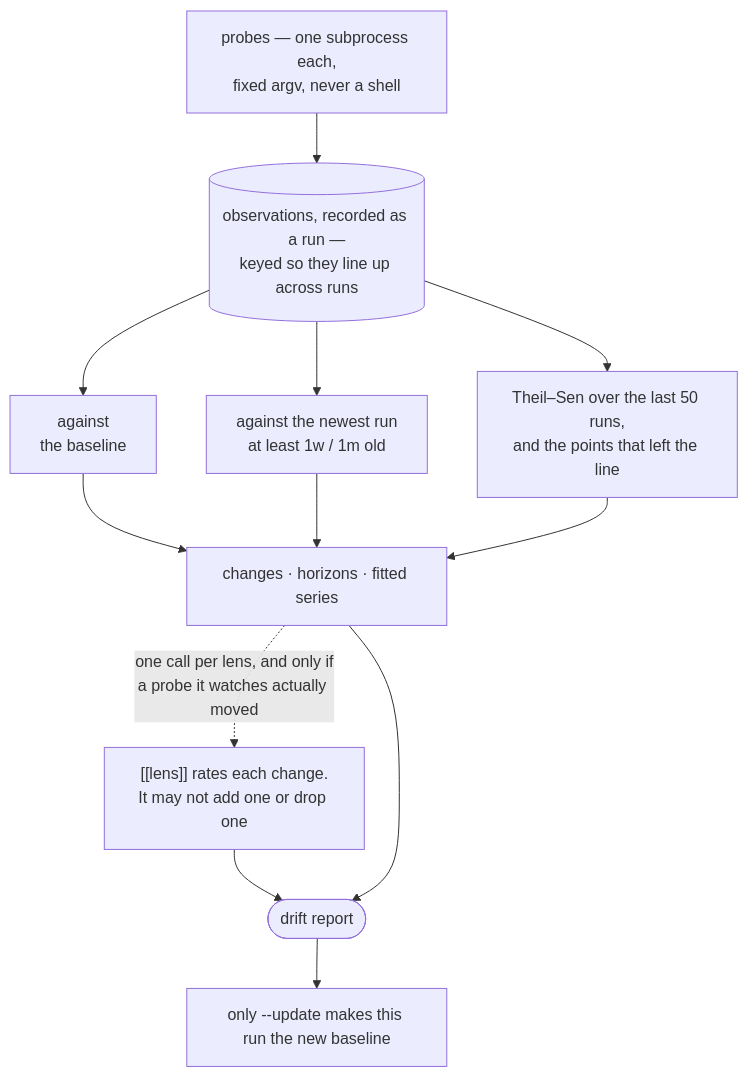
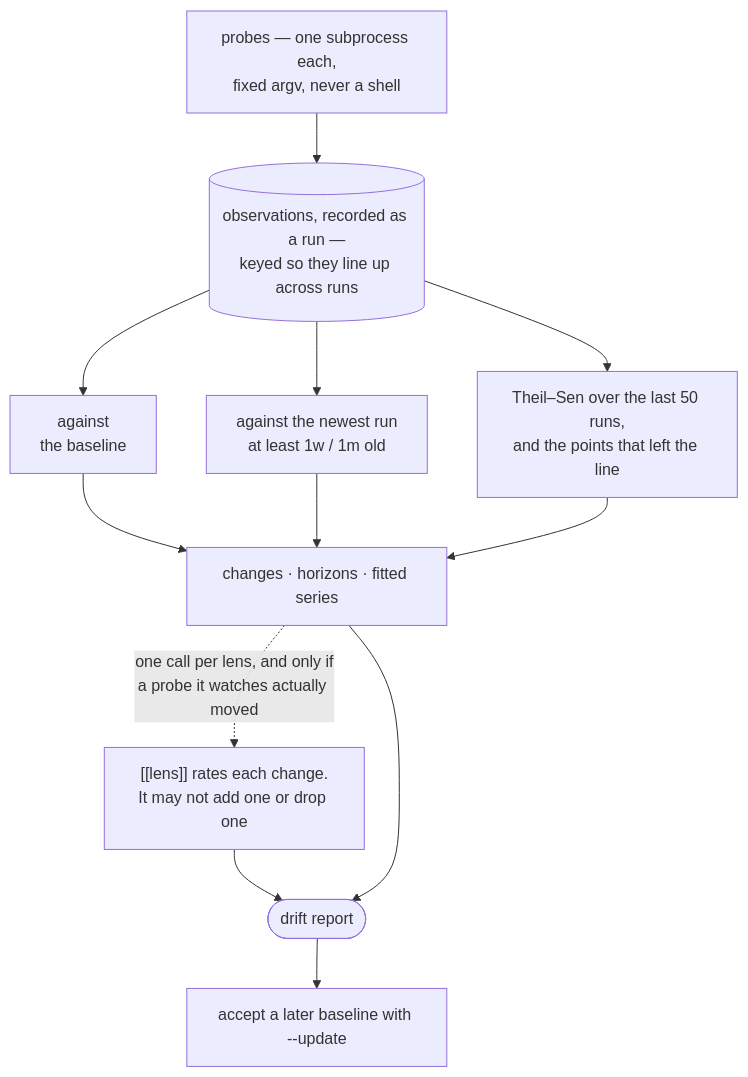
Before and after one commit to authentic-research-partners/vibe-sentinel: the diagram in docs/drift.md, drawn with Mermaid. The commit also changed other lines of this file and 199 other files, not shown here.

````diff
--- a/docs/drift.md
+++ b/docs/drift.md
@@ -28,19 +28,19 @@
 ```mermaid
 flowchart TB
   P["probes — one subprocess each,<br/>fixed argv, never a shell"]
   OBS[("observations, recorded as a run —<br/>keyed so they line up across runs")]
   CMP["against<br/>the baseline"]
   HOR["against the newest run<br/>at least 1w / 1m old"]
   TRD["Theil–Sen over the last 50 runs,<br/>and the points that left the line"]
   RPT["changes · horizons · fitted series"]
   L["[[lens]] rates each change.<br/>It may not add one or drop one"]
   OUT(["drift report"])
-  UPD["only --update makes this run the new baseline"]
+  UPD["accept a later baseline with --update"]
   P --> OBS
   OBS --> CMP & HOR & TRD
   CMP & HOR & TRD --> RPT
   RPT -.->|"one call per lens, and only if<br/>a probe it watches actually moved"| L
   L --> OUT
   RPT --> OUT
   OUT --> UPD
 ```
````
